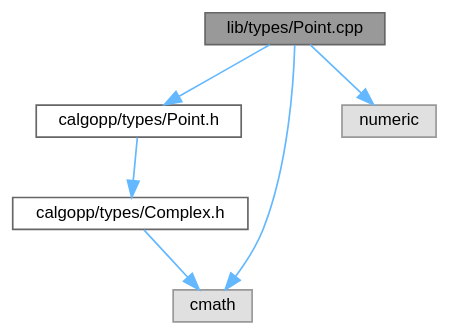
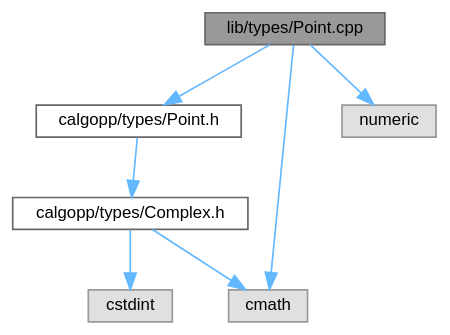
The diagram in Point_8cpp__incl.dot (pawelekg95/algopp), drawn with Graphviz before and after one commit. The commit also changed 45 other files, not shown here.

```diff
--- a/Point_8cpp__incl.dot
+++ b/Point_8cpp__incl.dot
@@ -1,17 +1,19 @@
 digraph "lib/types/Point.cpp"
 {
  // LATEX_PDF_SIZE
   bgcolor="transparent";
   edge [fontname=Helvetica,fontsize=10,labelfontname=Helvetica,labelfontsize=10];
   node [fontname=Helvetica,fontsize=10,shape=box,height=0.2,width=0.4];
   Node1 [label="lib/types/Point.cpp",height=0.2,width=0.4,color="gray40", fillcolor="grey60", style="filled", fontcolor="black",tooltip=" "];
   Node1 -> Node2 [color="steelblue1",style="solid"];
   Node2 [label="calgopp/types/Point.h",height=0.2,width=0.4,color="grey40", fillcolor="white", style="filled",URL="$Point_8h.html",tooltip=" "];
   Node2 -> Node3 [color="steelblue1",style="solid"];
   Node3 [label="calgopp/types/Complex.h",height=0.2,width=0.4,color="grey40", fillcolor="white", style="filled",URL="$Complex_8h.html",tooltip=" "];
   Node3 -> Node4 [color="steelblue1",style="solid"];
   Node4 [label="cmath",height=0.2,width=0.4,color="grey60", fillcolor="#E0E0E0", style="filled",tooltip=" "];
+  Node3 -> Node5 [color="steelblue1",style="solid"];
+  Node5 [label="cstdint",height=0.2,width=0.4,color="grey60", fillcolor="#E0E0E0", style="filled",tooltip=" "];
   Node1 -> Node4 [color="steelblue1",style="solid"];
-  Node1 -> Node5 [color="steelblue1",style="solid"];
-  Node5 [label="numeric",height=0.2,width=0.4,color="grey60", fillcolor="#E0E0E0", style="filled",tooltip=" "];
+  Node1 -> Node6 [color="steelblue1",style="solid"];
+  Node6 [label="numeric",height=0.2,width=0.4,color="grey60", fillcolor="#E0E0E0", style="filled",tooltip=" "];
 }
```
